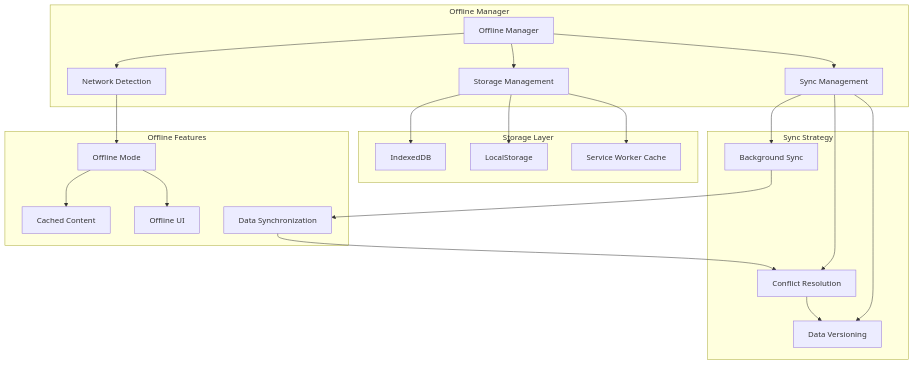
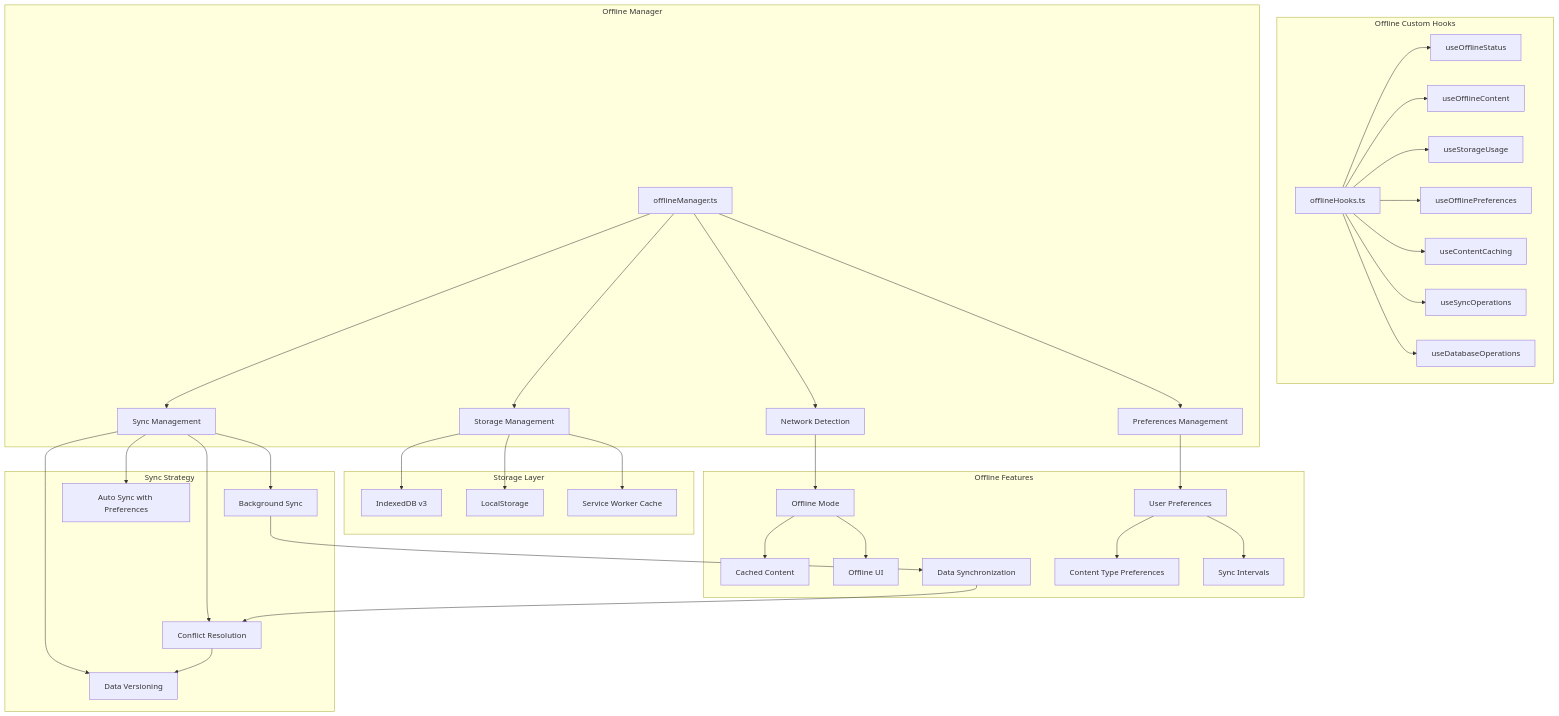
The seventh of 11 diagrams in ARCHITECTURE_DIAGRAM.md (parnamail/abc-racing), drawn with Mermaid before and after one commit. The commit also changed other lines of this file, not shown here.

Commit message:
Architecture diagram updated

````diff
--- a/ARCHITECTURE_DIAGRAM.md
+++ b/ARCHITECTURE_DIAGRAM.md
@@ -283,31 +367,48 @@
 ```mermaid
 graph TB
+    subgraph "Offline Custom Hooks"
+        OfflineHooks[offlineHooks.ts]
+        OfflineHooks --> useOfflineStatus[useOfflineStatus]
+        OfflineHooks --> useOfflineContent[useOfflineContent]
+        OfflineHooks --> useStorageUsage[useStorageUsage]
+        OfflineHooks --> useOfflinePreferences[useOfflinePreferences]
+        OfflineHooks --> useContentCaching[useContentCaching]
+        OfflineHooks --> useSyncOperations[useSyncOperations]
+        OfflineHooks --> useDatabaseOperations[useDatabaseOperations]
+    end
+
     subgraph "Offline Manager"
-        OM[Offline Manager]
-        OM --> NetworkDetection[Network Detection]
-        OM --> StorageManagement[Storage Management]
-        OM --> SyncManagement[Sync Management]
+        OfflineManager[offlineManager.ts]
+        OfflineManager --> NetworkDetection[Network Detection]
+        OfflineManager --> StorageManagement[Storage Management]
+        OfflineManager --> SyncManagement[Sync Management]
+        OfflineManager --> PreferencesManagement[Preferences Management]
     end
 
     subgraph "Storage Layer"
-        StorageManagement --> IndexedDB[IndexedDB]
+        StorageManagement --> IndexedDB[IndexedDB v3]
         StorageManagement --> LocalStorage[LocalStorage]
         StorageManagement --> ServiceWorkerCache[Service Worker Cache]
     end
 
     subgraph "Sync Strategy"
         SyncManagement --> BackgroundSync[Background Sync]
         SyncManagement --> ConflictResolution[Conflict Resolution]
         SyncManagement --> DataVersioning[Data Versioning]
+        SyncManagement --> AutoSync[Auto Sync with Preferences]
     end
 
     subgraph "Offline Features"
         NetworkDetection --> OfflineMode[Offline Mode]
         OfflineMode --> CachedContent[Cached Content]
         OfflineMode --> OfflineUI[Offline UI]
         
         BackgroundSync --> DataSync[Data Synchronization]
         DataSync --> ConflictResolution
         ConflictResolution --> DataVersioning
+        
+        PreferencesManagement --> UserPreferences[User Preferences]
+        UserPreferences --> ContentTypes[Content Type Preferences]
+        UserPreferences --> SyncIntervals[Sync Intervals]
     end
 ```
````
